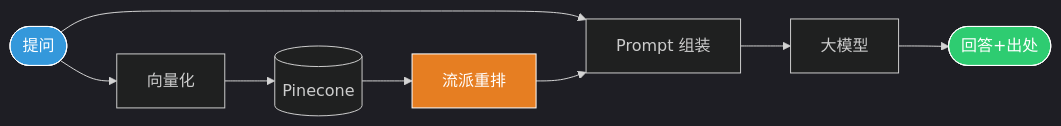
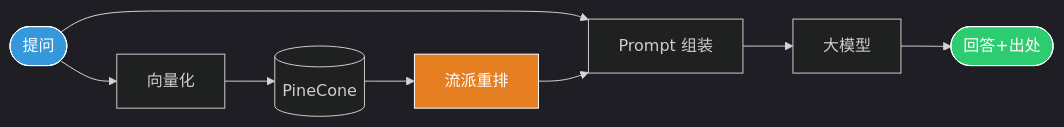
The third of 4 diagrams in docs/slides/slides.md (cuiningran-spec/philosophy-agent), drawn with Mermaid before and after one commit.

````diff
--- a/docs/slides/slides.md
+++ b/docs/slides/slides.md
@@ -207,13 +207,13 @@
 ```mermaid {scale: 0.6}
 %%{init: {'theme': 'dark'}}%%
 flowchart LR
-    U([提问]) --> E[向量化] --> DB[(Pinecone)]
+    U([提问]) --> E[向量化] --> DB[(PineCone)]
     DB --> R[流派重排]
     U --> P[Prompt 组装]
     R --> P
     P --> LLM[大模型] --> Ans([回答+出处])
     
     style U fill:#3498db,stroke:#fff,color:#fff
     style Ans fill:#2ecc71,stroke:#fff,color:#fff
     style R fill:#e67e22,stroke:#fff,color:#fff
 ```
````
